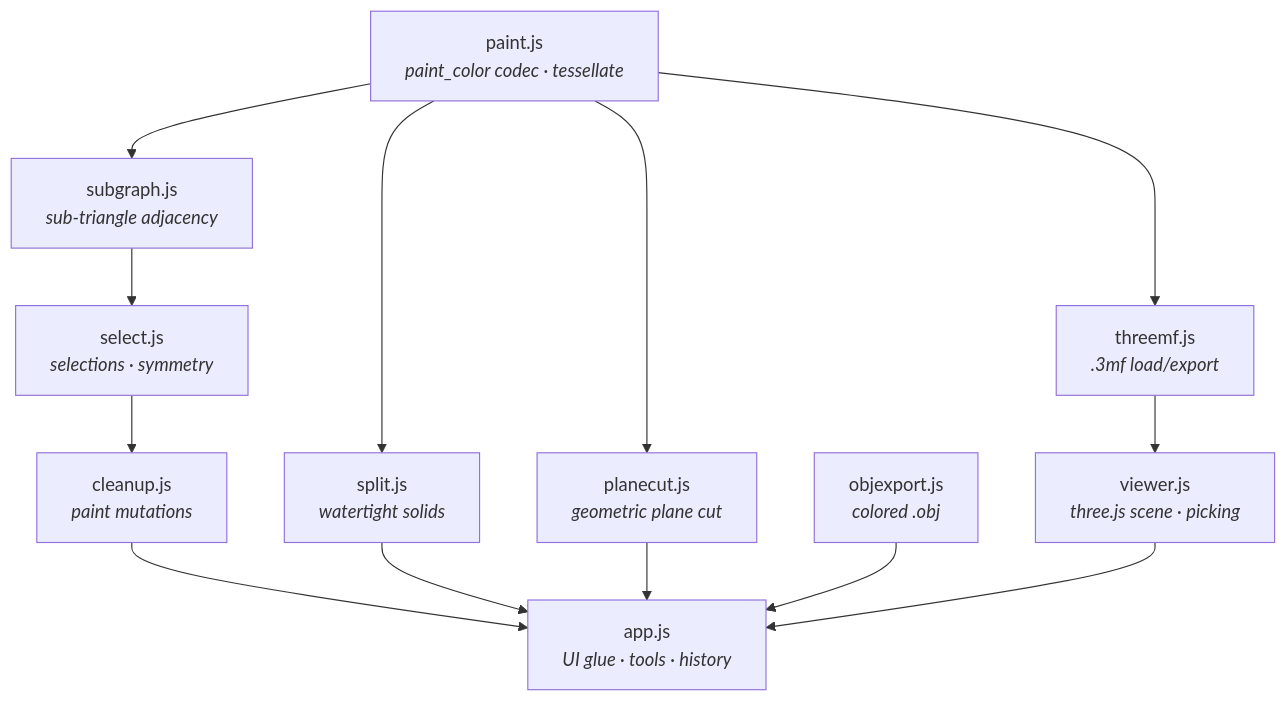
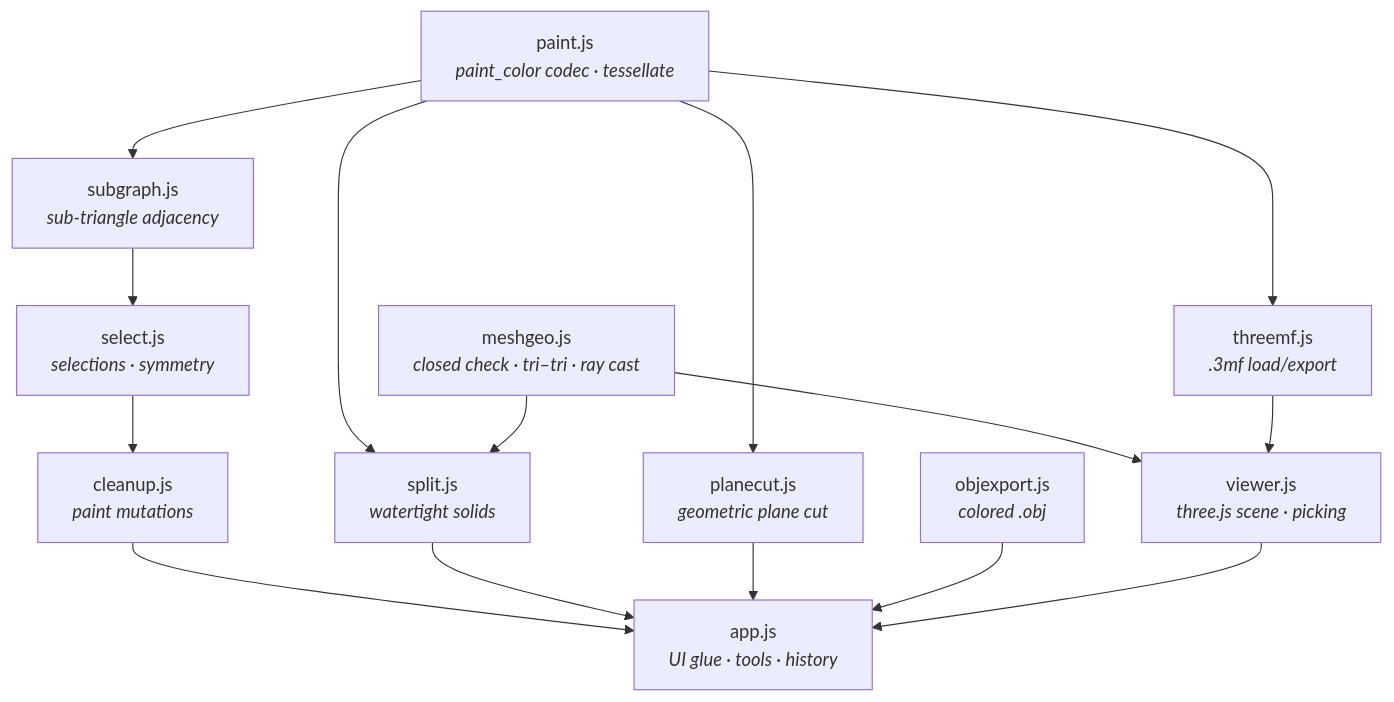
One commit to KuroTsubasa1/Irodori changed the second of 2 diagrams in README.md. Above: the diagram before and after it, drawn with Mermaid. The commit also changed other lines of this file and 3 other files, not shown here.

````diff
--- a/README.md
+++ b/README.md
@@ -144,25 +146,28 @@
 ```mermaid
 graph TD
     paint["paint.js<br/><i>paint_color codec · tessellate</i>"]
     objexport["objexport.js<br/><i>colored .obj</i>"]
     threemf["threemf.js<br/><i>.3mf load/export</i>"]
     subgraph_["subgraph.js<br/><i>sub-triangle adjacency</i>"]
     select["select.js<br/><i>selections · symmetry</i>"]
     cleanup["cleanup.js<br/><i>paint mutations</i>"]
+    meshgeo["meshgeo.js<br/><i>closed check · tri–tri · ray cast</i>"]
     split["split.js<br/><i>watertight solids</i>"]
     planecut["planecut.js<br/><i>geometric plane cut</i>"]
     viewer["viewer.js<br/><i>three.js scene · picking</i>"]
     app["app.js<br/><i>UI glue · tools · history</i>"]
 
     paint --> threemf
     paint --> subgraph_
     subgraph_ --> select --> cleanup
     paint --> split
+    meshgeo --> split
+    meshgeo --> viewer
     paint --> planecut
     threemf --> viewer
     cleanup --> app
     split --> app
     planecut --> app
     objexport --> app
     viewer --> app
 ```
````
